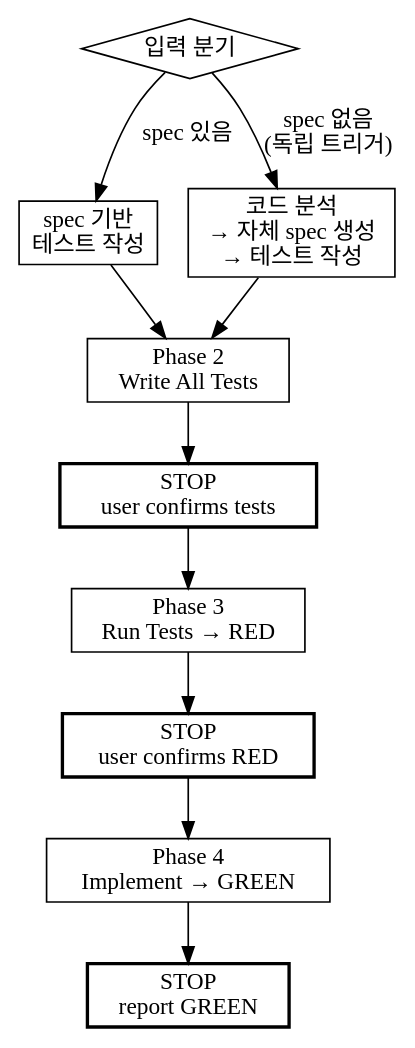
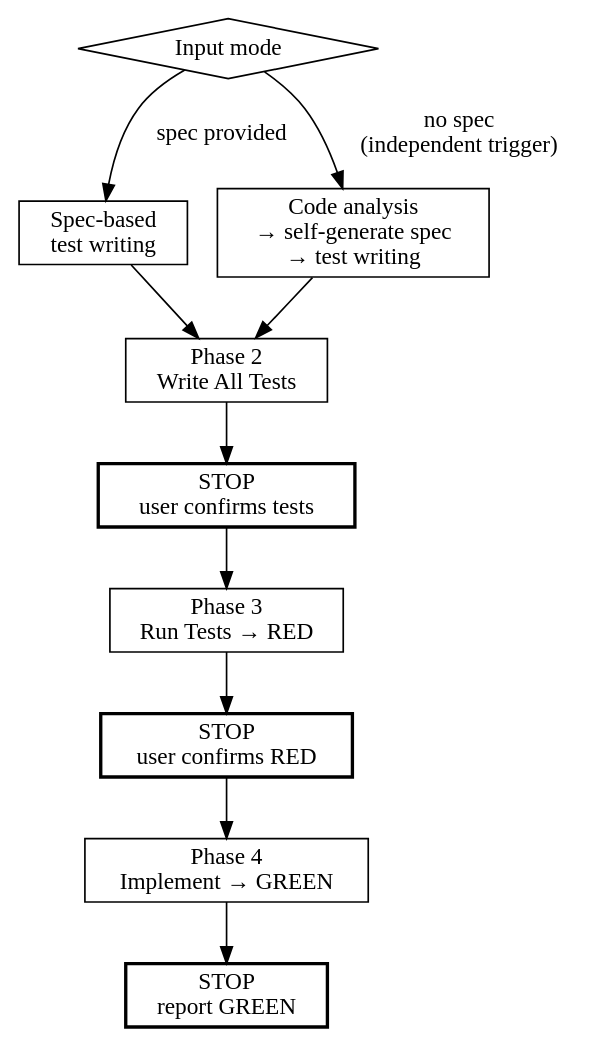
Before and after one commit to ludacirs/fe-harness-skill: the diagram in skills/fe-interaction-tdd/SKILL.md, drawn with Graphviz. The commit also changed other lines of this file and 8 other files, not shown here.

````diff
--- a/skills/fe-interaction-tdd/SKILL.md
+++ b/skills/fe-interaction-tdd/SKILL.md
@@ -21,25 +22,25 @@
 ```dot
 digraph fe_interaction_tdd {
   node [shape=box];
 
-  input [label="입력 분기" shape=diamond];
-  has_spec [label="spec 기반\n테스트 작성"];
-  no_spec [label="코드 분석\n→ 자체 spec 생성\n→ 테스트 작성"];
+  input [label="Input mode" shape=diamond];
+  has_spec [label="Spec-based\ntest writing"];
+  no_spec [label="Code analysis\n→ self-generate spec\n→ test writing"];
   write_tests [label="Phase 2\nWrite All Tests"];
   stop_tests [label="STOP\nuser confirms tests" style=bold];
   red [label="Phase 3\nRun Tests → RED"];
   stop_red [label="STOP\nuser confirms RED" style=bold];
   implement [label="Phase 4\nImplement → GREEN"];
   stop_green [label="STOP\nreport GREEN" style=bold];
 
-  input -> has_spec [label="spec 있음"];
-  input -> no_spec [label="spec 없음\n(독립 트리거)"];
+  input -> has_spec [label="spec provided"];
+  input -> no_spec [label="no spec\n(independent trigger)"];
   has_spec -> write_tests;
   no_spec -> write_tests;
   write_tests -> stop_tests;
   stop_tests -> red;
   red -> stop_red;
   stop_red -> implement;
   implement -> stop_green;
 }
 ```
````
